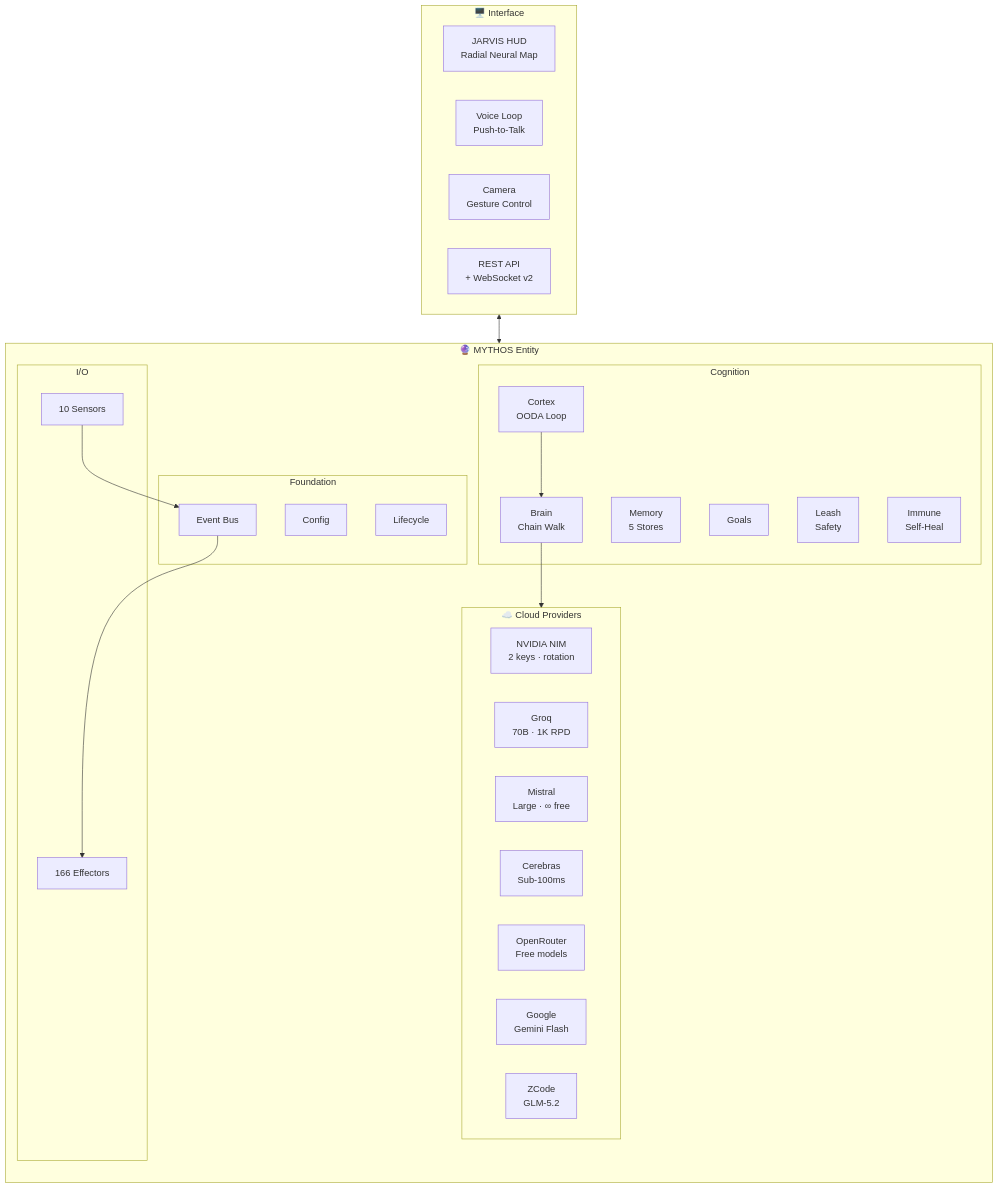
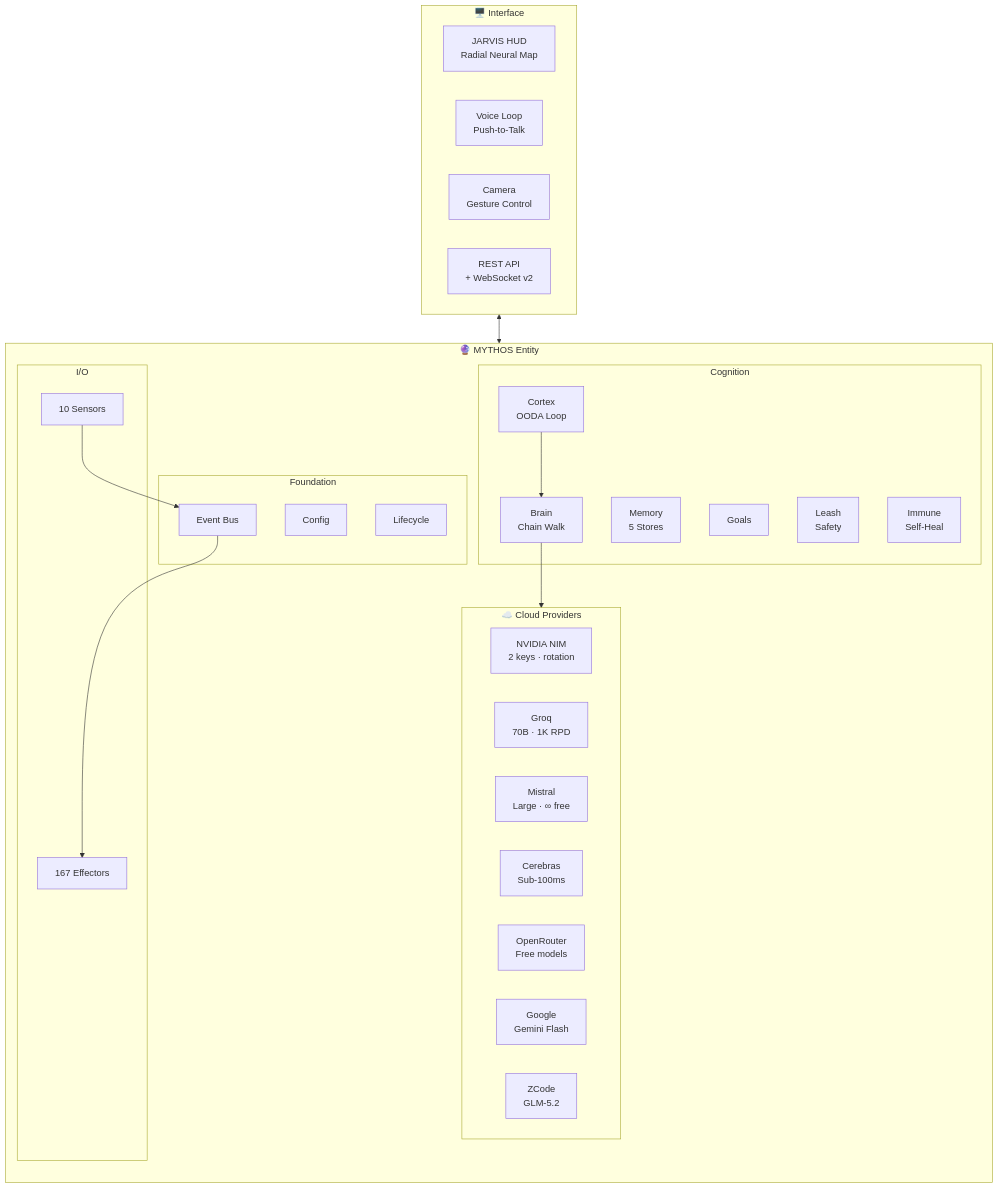
One commit to HailLucifer666/Agent_OS changed the first of 11 diagrams in README.md. Above: the diagram before and after it, drawn with Mermaid. The commit also changed other lines of this file and 18 other files, not shown here.

````diff
--- a/README.md
+++ b/README.md
@@ -48,45 +48,45 @@
 ```mermaid
 flowchart TB
     subgraph Cloud["☁️ Cloud Providers"]
         direction LR
         NIM["NVIDIA NIM<br/>2 keys · rotation"]
         GQ["Groq<br/>70B · 1K RPD"]
         MI["Mistral<br/>Large · ∞ free"]
         CE["Cerebras<br/>Sub-100ms"]
         OR["OpenRouter<br/>Free models"]
         GOOG["Google<br/>Gemini Flash"]
         ZC["ZCode<br/>GLM-5.2"]
     end
 
     subgraph MYTHOS["🔮 MYTHOS Entity"]
         direction TB
         subgraph Foundation["Foundation"]
             CFG["Config"]
             BUS["Event Bus"]
             LIFE["Lifecycle"]
         end
         subgraph Cognition["Cognition"]
             CORT["Cortex<br/>OODA Loop"]
             BRN["Brain<br/>Chain Walk"]
             MEM["Memory<br/>5 Stores"]
             GOAL["Goals"]
             LEASH["Leash<br/>Safety"]
             IMM["Immune<br/>Self-Heal"]
         end
         subgraph IOLayer["I/O"]
             SENS["10 Sensors"]
-            EFF["166 Effectors"]
+            EFF["167 Effectors"]
         end
         CORT --> BRN --> Cloud
         SENS --> BUS --> EFF
     end
 
     subgraph Interface["🖥️ Interface"]
         HUD["JARVIS HUD<br/>Radial Neural Map"]
         VOICE["Voice Loop<br/>Push-to-Talk"]
         CAM["Camera<br/>Gesture Control"]
         API["REST API<br/>+ WebSocket v2"]
     end
 
     Interface <--> MYTHOS
 ```
````
